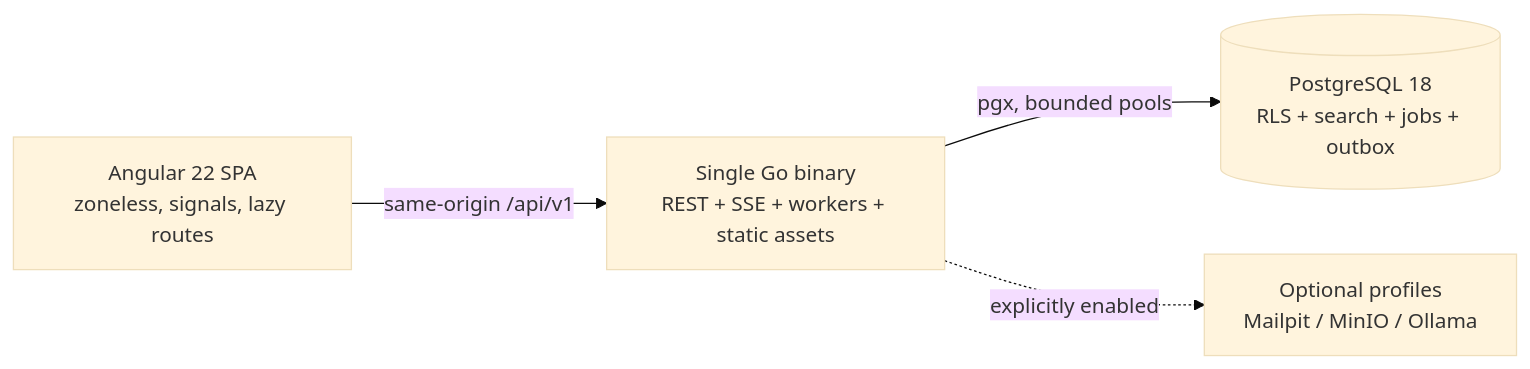
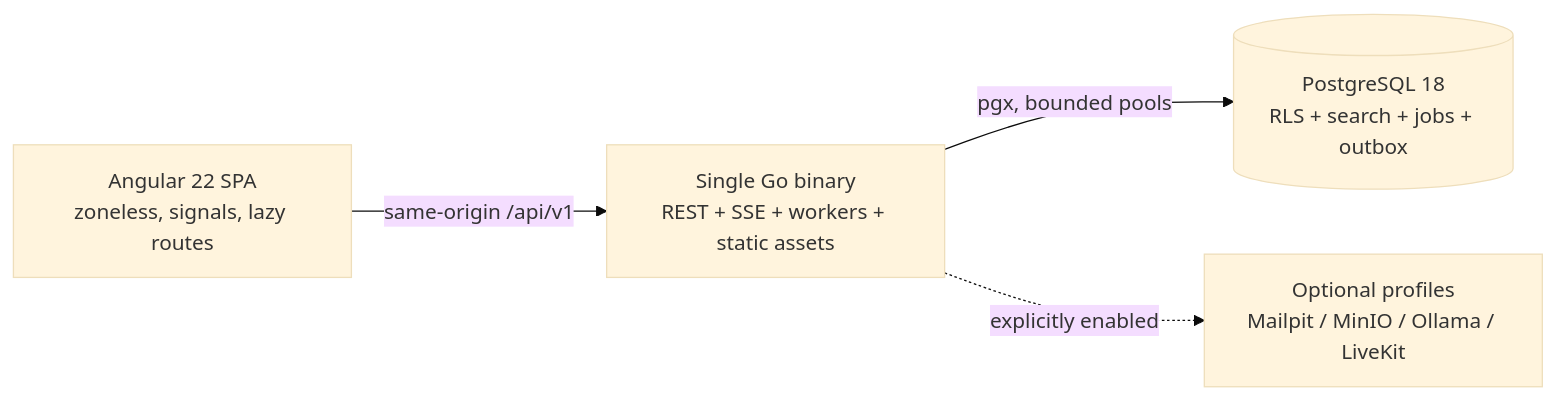
The diagram in README.md (intrider-dev/veltrix-crm), drawn with Mermaid (base theme) before and after one commit. The commit also changed other lines of this file and 26 other files, not shown here.

Commit message:
docs: update architecture and verified evidence

````diff
--- a/README.md
+++ b/README.md
@@ -31,11 +33,11 @@
 ```mermaid
 flowchart LR
   B[Angular 22 SPA\nzoneless, signals, lazy routes]
   A[Single Go binary\nREST + SSE + workers + static assets]
   P[(PostgreSQL 18\nRLS + search + jobs + outbox)]
-  O[Optional profiles\nMailpit / MinIO / Ollama]
+  O[Optional profiles\nMailpit / MinIO / Ollama / LiveKit]
 
   B -->|same-origin /api/v1| A
   A -->|pgx, bounded pools| P
   A -. explicitly enabled .-> O
 ```
````
